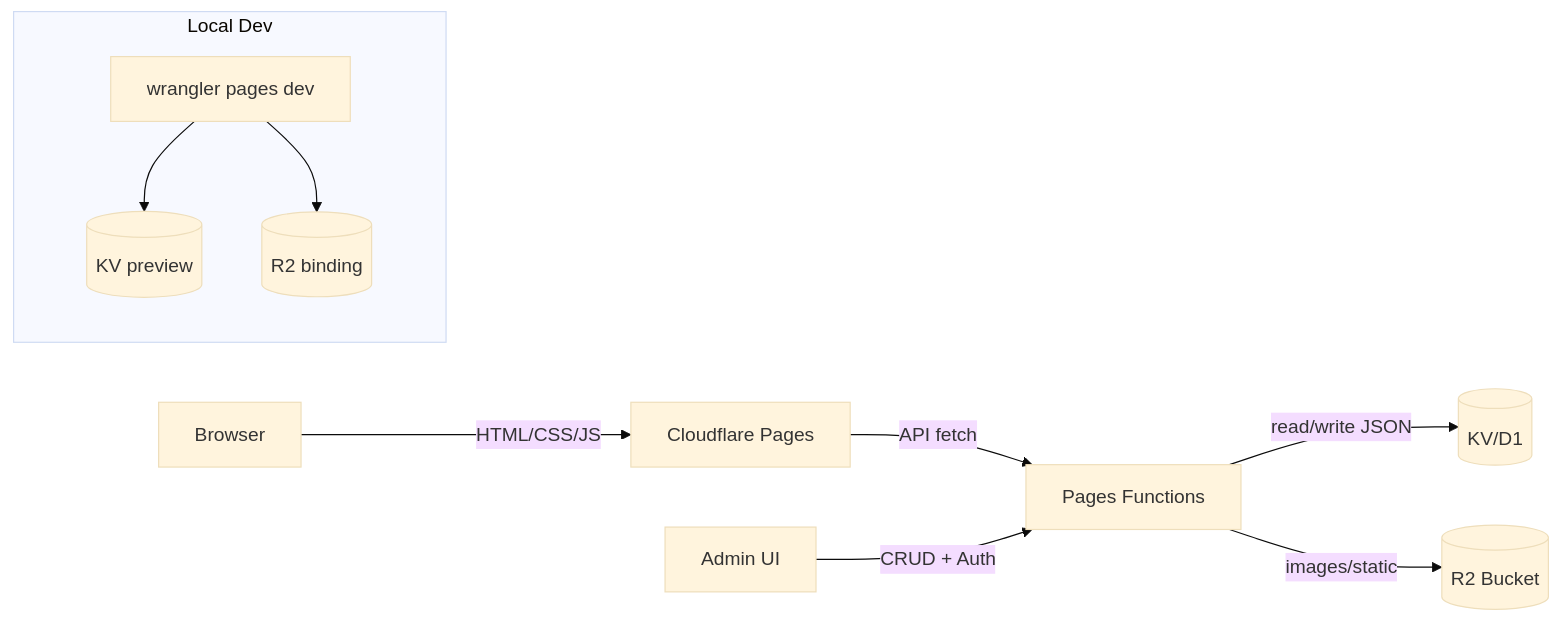
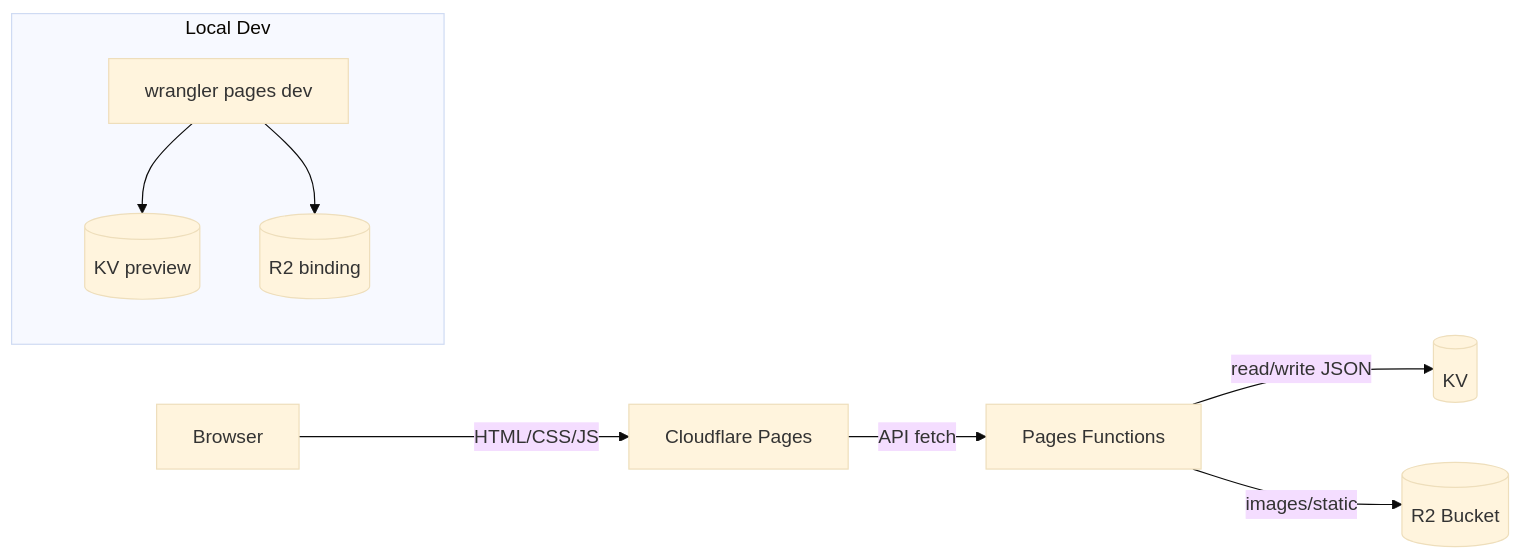
One commit to DreamProjectKR/MBTITest changed the diagram in CLOUD.MD. Above: the diagram before and after it, drawn with Mermaid (base theme). The commit also changed other lines of this file and 6 other files, not shown here.

````diff
--- a/CLOUD.MD
+++ b/CLOUD.MD
@@ -5,12 +5,11 @@
 ```mermaid
 flowchart LR
   Browser -->|HTML/CSS/JS| Pages[Cloudflare Pages]
   Pages -->|API fetch| Fn[Pages Functions]
-  Fn -->|read/write JSON| KV[(KV/D1)]
+  Fn -->|read/write JSON| KV[(KV)]
   Fn -->|images/static| R2[(R2 Bucket)]
-  Admin[Admin UI] -->|CRUD + Auth| Fn
   subgraph Local Dev
     Dev[wrangler pages dev] --> KVdev[(KV preview)]
     Dev --> R2dev[(R2 binding)]
   end
 ```
````
